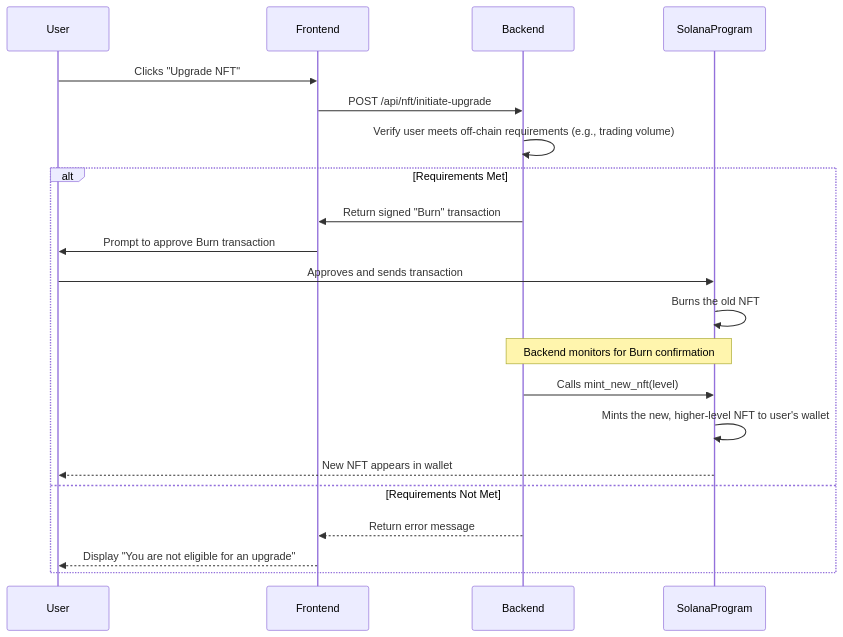
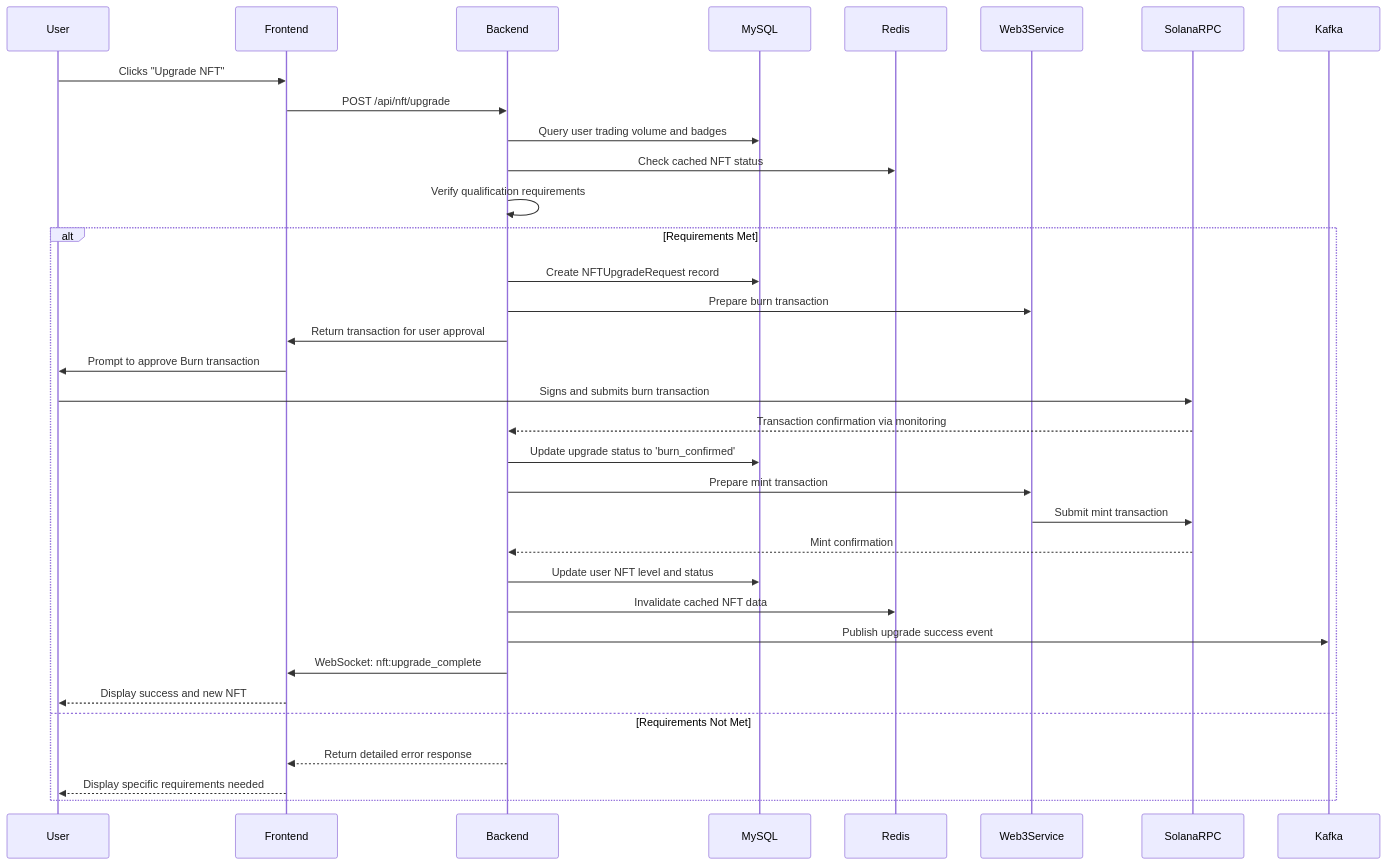
The first of 4 diagrams in docs/AIW3-NFT-Implementation-Guide.md (ljg-cqu/aiw3-nft-solana), drawn with Mermaid before and after one commit. The commit also changed other lines of this file and 2 other files, not shown here.

Commit message:
docs: update system diagrams with detailed data models and integration flows

````diff
--- a/docs/AIW3-NFT-Implementation-Guide.md
+++ b/docs/AIW3-NFT-Implementation-Guide.md
@@ -157,24 +157,38 @@
 ```mermaid
 sequenceDiagram
     participant User
     participant Frontend
     participant Backend
-    participant SolanaProgram
+    participant MySQL
+    participant Redis
+    participant Web3Service
+    participant SolanaRPC
+    participant Kafka
 
     User->>Frontend: Clicks "Upgrade NFT"
-    Frontend->>Backend: POST /api/nft/initiate-upgrade
-    Backend->>Backend: Verify user meets off-chain requirements (e.g., trading volume)
+    Frontend->>Backend: POST /api/nft/upgrade
+    Backend->>MySQL: Query user trading volume and badges
+    Backend->>Redis: Check cached NFT status
+    Backend->>Backend: Verify qualification requirements
+    
     alt Requirements Met
-        Backend->>Frontend: Return signed "Burn" transaction
+        Backend->>MySQL: Create NFTUpgradeRequest record
+        Backend->>Web3Service: Prepare burn transaction
+        Backend->>Frontend: Return transaction for user approval
         Frontend->>User: Prompt to approve Burn transaction
-        User->>SolanaProgram: Approves and sends transaction
-        SolanaProgram->>SolanaProgram: Burns the old NFT
-        Note over Backend,SolanaProgram: Backend monitors for Burn confirmation
-        Backend->>SolanaProgram: Calls mint_new_nft(level)
-        SolanaProgram->>SolanaProgram: Mints the new, higher-level NFT to user's wallet
-        SolanaProgram-->>User: New NFT appears in wallet
+        User->>SolanaRPC: Signs and submits burn transaction
+        SolanaRPC-->>Backend: Transaction confirmation via monitoring
+        Backend->>MySQL: Update upgrade status to 'burn_confirmed'
+        Backend->>Web3Service: Prepare mint transaction
+        Web3Service->>SolanaRPC: Submit mint transaction
+        SolanaRPC-->>Backend: Mint confirmation
+        Backend->>MySQL: Update user NFT level and status
+        Backend->>Redis: Invalidate cached NFT data
+        Backend->>Kafka: Publish upgrade success event
+        Backend->>Frontend: WebSocket: nft:upgrade_complete
+        Frontend-->>User: Display success and new NFT
     else Requirements Not Met
-        Backend-->>Frontend: Return error message
-        Frontend-->>User: Display "You are not eligible for an upgrade"
+        Backend-->>Frontend: Return detailed error response
+        Frontend-->>User: Display specific requirements needed
     end
 ```
````
